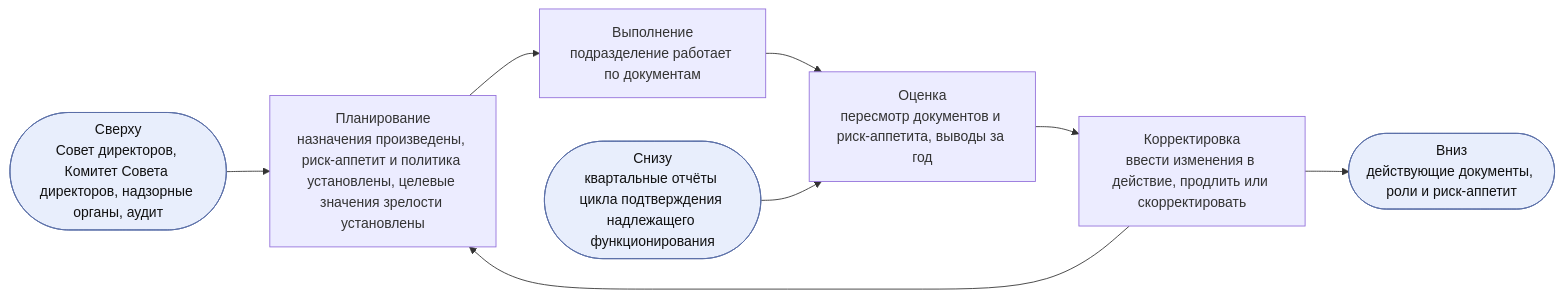
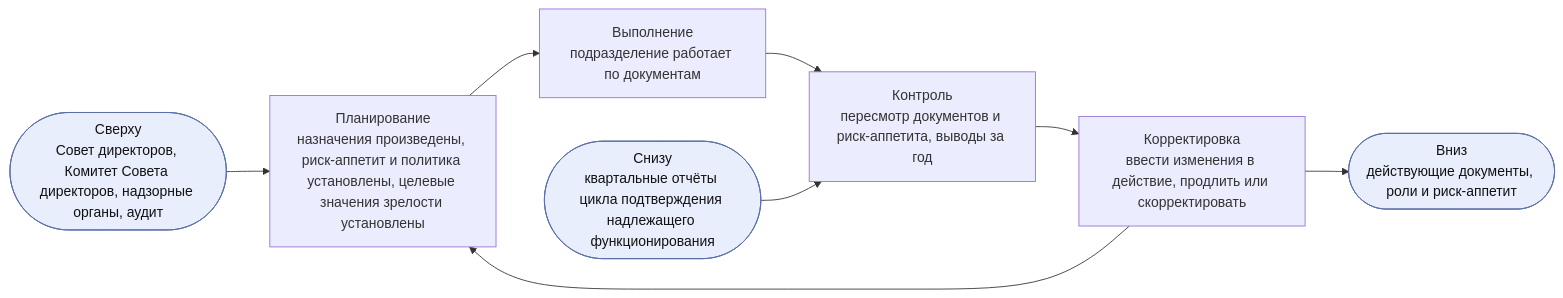
Before and after one commit to devhogu/ob-aicc: the second of 8 diagrams in charter/ru/documents/operating-model.md, drawn with Mermaid. The commit also changed other lines of this file and 249 other files, not shown here.

````diff
--- a/charter/ru/documents/operating-model.md
+++ b/charter/ru/documents/operating-model.md
@@ -172,8 +172,8 @@
 ```mermaid
 flowchart LR
   IN(["Сверху<br/>Совет директоров, Комитет Совета директоров, надзорные органы, аудит"]):::iface --> P
-  P["Планирование<br/>назначения произведены, риск-аппетит и политика установлены, целевые значения зрелости установлены"] --> D["Выполнение<br/>подразделение работает по документам"] --> C["Оценка<br/>пересмотр документов и риск-аппетита, выводы за год"] --> A["Корректировка<br/>ввести изменения в действие, продлить или скорректировать"] --> P
+  P["Планирование<br/>назначения произведены, риск-аппетит и политика установлены, целевые значения зрелости установлены"] --> D["Выполнение<br/>подразделение работает по документам"] --> C["Контроль<br/>пересмотр документов и риск-аппетита, выводы за год"] --> A["Корректировка<br/>ввести изменения в действие, продлить или скорректировать"] --> P
   EV(["Снизу<br/>квартальные отчёты цикла подтверждения надлежащего функционирования"]):::iface --> C
   A --> OUT(["Вниз<br/>действующие документы, роли и риск-аппетит"]):::iface
   classDef iface fill:#e8eefc,stroke:#5a6fa8,color:#111
 ```
````
